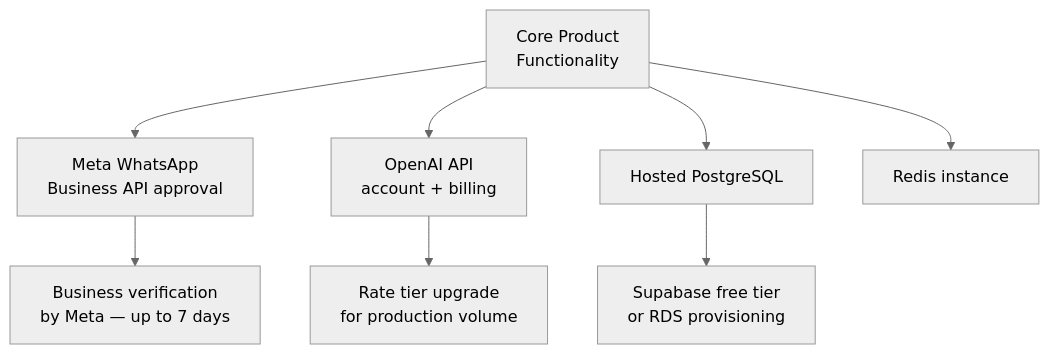
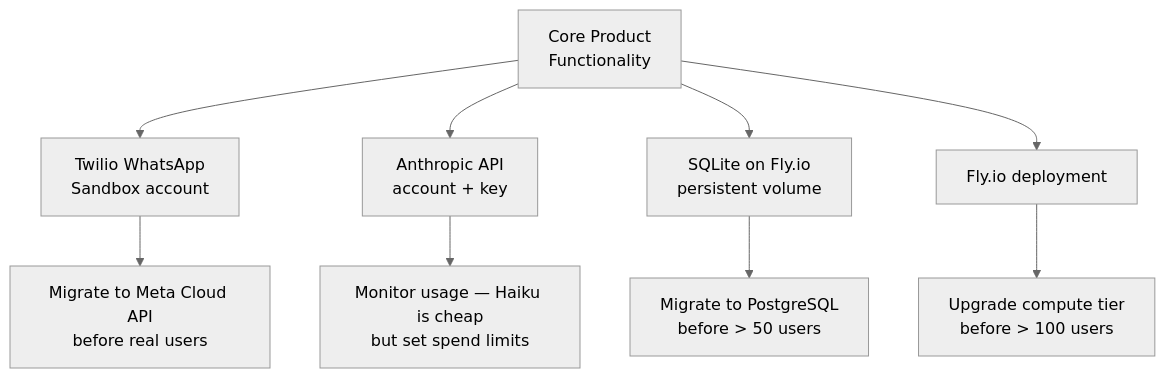
One commit to apakou/visible changed the fourth of 4 diagrams in README.md. Above: the diagram before and after it, drawn with Mermaid (neutral theme). The commit also changed other lines of this file, not shown here.

````diff
--- a/README.md
+++ b/README.md
@@ -272,13 +247,12 @@
 ```mermaid
 graph TD
     Core[Core Product\nFunctionality]
-
-    Core --> D1[Meta WhatsApp\nBusiness API approval]
-    Core --> D2[OpenAI API\naccount + billing]
-    Core --> D3[Hosted PostgreSQL]
-    Core --> D4[Redis instance]
-
-    D1 --> E1[Business verification\nby Meta — up to 7 days]
-    D2 --> E2[Rate tier upgrade\nfor production volume]
-    D3 --> E3[Supabase free tier\nor RDS provisioning]
+    Core --> D1[Twilio WhatsApp\nSandbox account]
+    Core --> D2[Anthropic API\naccount + key]
+    Core --> D3[SQLite on Fly.io\npersistent volume]
+    Core --> D4[Fly.io deployment]
+    D1 --> E1[Migrate to Meta Cloud API\nbefore real users]
+    D2 --> E2[Monitor usage — Haiku is cheap\nbut set spend limits]
+    D3 --> E3[Migrate to PostgreSQL\nbefore > 50 users]
+    D4 --> E4[Upgrade compute tier\nbefore > 100 users]
 ```
````
